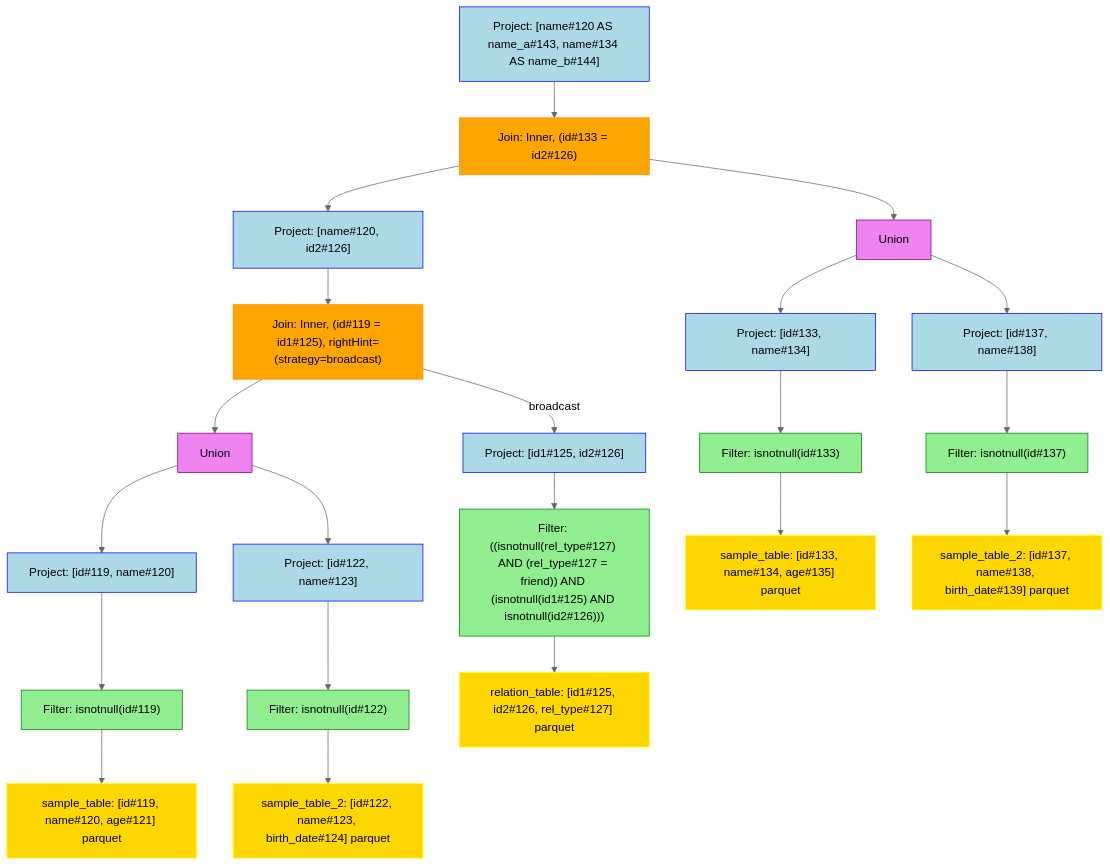
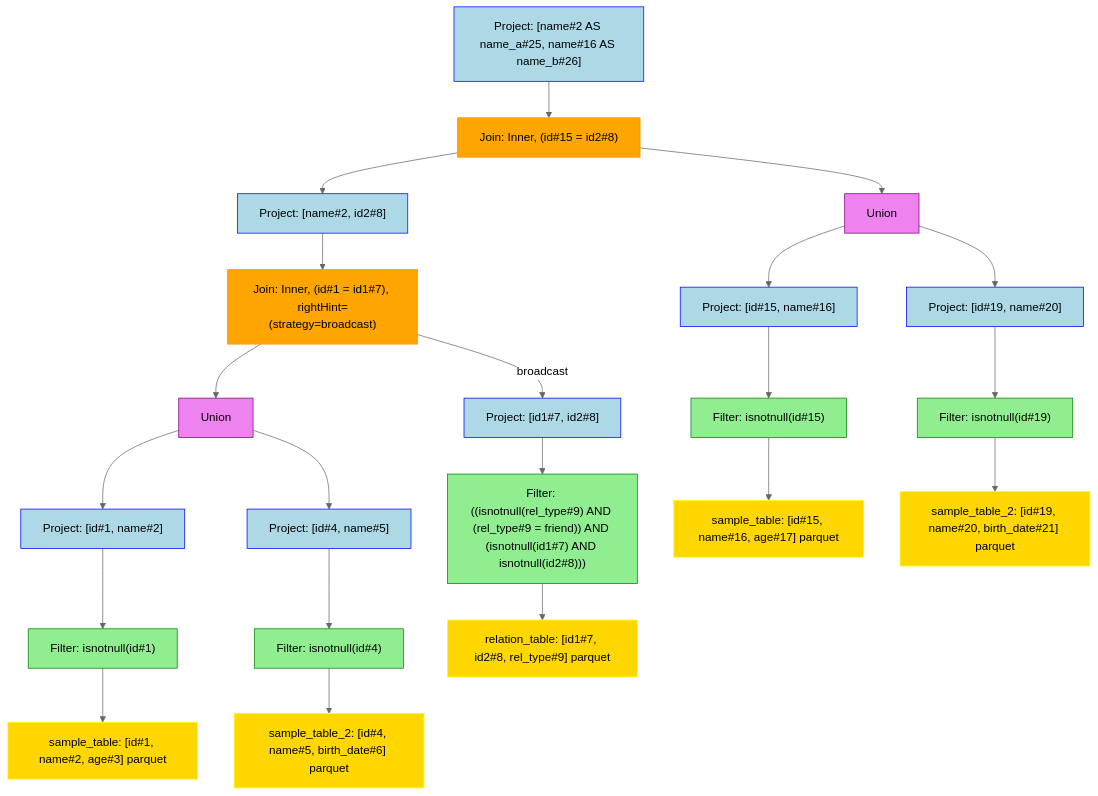
Before and after one commit to NielkNetraam/explainalyzed: the diagram in data/visualization/join_2_broadcast.mmd, drawn with Mermaid (neutral theme). The commit also changed 63 other files, not shown here.

```diff
--- a/data/visualization/join_2_broadcast.mmd
+++ b/data/visualization/join_2_broadcast.mmd
@@ -1,51 +1,51 @@
 flowchart TD
     classDef PROJECT stroke:Blue,fill:LightBlue,color:black
     classDef FILTER stroke:Green,fill:LightGreen,color:black
     classDef UNION stroke:Purple,fill:Violet,color:black
     classDef JOIN stroke:DarkOrange,fill:Orange,color:black
     classDef RELATION stroke:Yellow,fill:Gold,color:black
     classDef AGGREGATE stroke:Brown,fill:Chocolate,color:black
     classDef WINDOW stroke:Aqua,fill:Cyan,color:black
 
-    Project#00001["Project: [name#120 AS name_a#143, name#134 AS name_b#144]"]:::PROJECT
-    Join#00002["Join: Inner, (id#133 = id2#126)"]:::JOIN
-    Project#00003["Project: [name#120, id2#126]"]:::PROJECT
-    Join#00004["Join: Inner, (id#119 = id1#125), rightHint=(strategy=broadcast)"]:::JOIN
+    Project#00001["Project: [name#2 AS name_a#25, name#16 AS name_b#26]"]:::PROJECT
+    Join#00002["Join: Inner, (id#15 = id2#8)"]:::JOIN
+    Project#00003["Project: [name#2, id2#8]"]:::PROJECT
+    Join#00004["Join: Inner, (id#1 = id1#7), rightHint=(strategy=broadcast)"]:::JOIN
     Union#00005["Union"]:::UNION
-    Project#00006["Project: [id#119, name#120]"]:::PROJECT
-    Filter#00007["Filter: isnotnull(id#119)"]:::FILTER
-    Relation#00008["sample_table: [id#119, name#120, age#121] parquet"]:::RELATION
-    Project#00009["Project: [id#122, name#123]"]:::PROJECT
-    Filter#00010["Filter: isnotnull(id#122)"]:::FILTER
-    Relation#00011["sample_table_2: [id#122, name#123, birth_date#124] parquet"]:::RELATION
-    Project#00012["Project: [id1#125, id2#126]"]:::PROJECT
-    Filter#00013["Filter: ((isnotnull(rel_type#127) AND (rel_type#127 = friend)) AND (isnotnull(id1#125) AND isnotnull(id2#126)))"]:::FILTER
-    Relation#00014["relation_table: [id1#125, id2#126, rel_type#127] parquet"]:::RELATION
+    Project#00006["Project: [id#1, name#2]"]:::PROJECT
+    Filter#00007["Filter: isnotnull(id#1)"]:::FILTER
+    Relation#00008["sample_table: [id#1, name#2, age#3] parquet"]:::RELATION
+    Project#00009["Project: [id#4, name#5]"]:::PROJECT
+    Filter#00010["Filter: isnotnull(id#4)"]:::FILTER
+    Relation#00011["sample_table_2: [id#4, name#5, birth_date#6] parquet"]:::RELATION
+    Project#00012["Project: [id1#7, id2#8]"]:::PROJECT
+    Filter#00013["Filter: ((isnotnull(rel_type#9) AND (rel_type#9 = friend)) AND (isnotnull(id1#7) AND isnotnull(id2#8)))"]:::FILTER
+    Relation#00014["relation_table: [id1#7, id2#8, rel_type#9] parquet"]:::RELATION
     Union#00015["Union"]:::UNION
-    Project#00016["Project: [id#133, name#134]"]:::PROJECT
-    Filter#00017["Filter: isnotnull(id#133)"]:::FILTER
-    Relation#00018["sample_table: [id#133, name#134, age#135] parquet"]:::RELATION
-    Project#00019["Project: [id#137, name#138]"]:::PROJECT
-    Filter#00020["Filter: isnotnull(id#137)"]:::FILTER
-    Relation#00021["sample_table_2: [id#137, name#138, birth_date#139] parquet"]:::RELATION
+    Project#00016["Project: [id#15, name#16]"]:::PROJECT
+    Filter#00017["Filter: isnotnull(id#15)"]:::FILTER
+    Relation#00018["sample_table: [id#15, name#16, age#17] parquet"]:::RELATION
+    Project#00019["Project: [id#19, name#20]"]:::PROJECT
+    Filter#00020["Filter: isnotnull(id#19)"]:::FILTER
+    Relation#00021["sample_table_2: [id#19, name#20, birth_date#21] parquet"]:::RELATION
 
     Project#00001 --> Join#00002
         Join#00002 --> Project#00003
             Project#00003 --> Join#00004
                 Join#00004 --> Union#00005
                     Union#00005 --> Project#00006
                         Project#00006 --> Filter#00007
                             Filter#00007 --> Relation#00008
                     Union#00005 --> Project#00009
                         Project#00009 --> Filter#00010
                             Filter#00010 --> Relation#00011
                 Join#00004 -- broadcast -->  Project#00012
                     Project#00012 --> Filter#00013
                         Filter#00013 --> Relation#00014
         Join#00002 --> Union#00015
             Union#00015 --> Project#00016
                 Project#00016 --> Filter#00017
                     Filter#00017 --> Relation#00018
             Union#00015 --> Project#00019
                 Project#00019 --> Filter#00020
                     Filter#00020 --> Relation#00021
```
